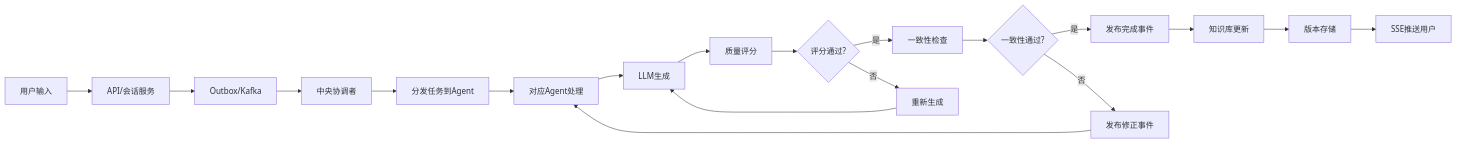
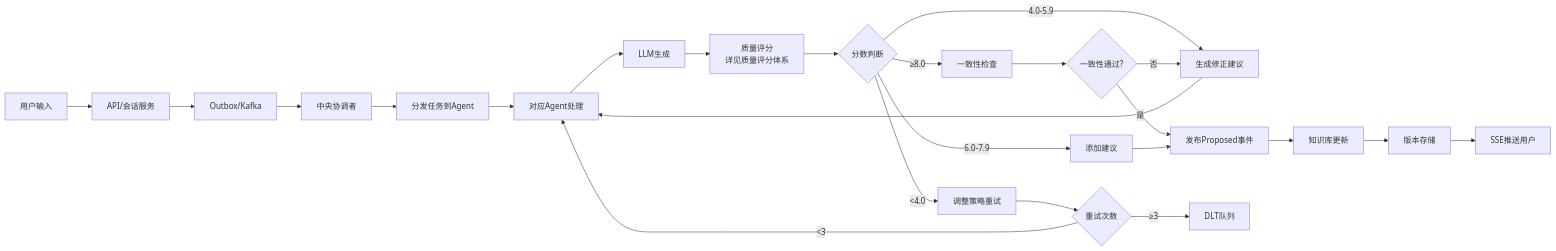
One commit to zhiyue/infinite-scribe changed the third of 6 diagrams in .tasks/novel-genesis-stage/design-hld.md. Above: the diagram before and after it, drawn with Mermaid. The commit also changed other lines of this file, not shown here.

````diff
--- a/.tasks/novel-genesis-stage/design-hld.md
+++ b/.tasks/novel-genesis-stage/design-hld.md
@@ -193,21 +193,29 @@
 ```mermaid
 graph LR
     A[用户输入] --> B[API/会话服务]
     B --> C[Outbox/Kafka]
     C --> D[中央协调者]
     D --> E[分发任务到Agent]
     E --> F[对应Agent处理]
     F --> G[LLM生成]
-    G --> H[质量评分]
-    H --> I{评分通过?}
-    I -->|是| J[一致性检查]
-    I -->|否| K[重新生成]
-    K --> G
-    J --> L{一致性通过?}
-    L -->|是| M[发布完成事件]
-    L -->|否| N[发布修正事件]
-    N --> F
-    M --> O[知识库更新]
-    O --> P[版本存储]
-    P --> Q[SSE推送用户]
+    G --> H[质量评分<br/>详见质量评分体系]
+    H --> I{分数判断}
+    I -->|≥8.0| J[一致性检查]
+    I -->|6.0-7.9| K[添加建议]
+    I -->|4.0-5.9| L[生成修正建议]
+    I -->|<4.0| M[调整策略重试]
+    
+    J --> N{一致性通过?}
+    N -->|是| O[发布Proposed事件]
+    N -->|否| L
+    
+    K --> O
+    L --> F
+    M --> P{重试次数}
+    P -->|<3| F
+    P -->|≥3| Q[DLT队列]
+    
+    O --> R[知识库更新]
+    R --> S[版本存储]
+    S --> T[SSE推送用户]
 ```
````
